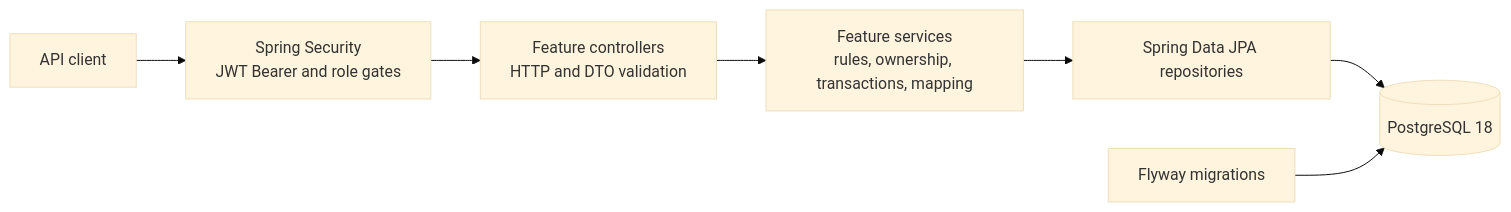
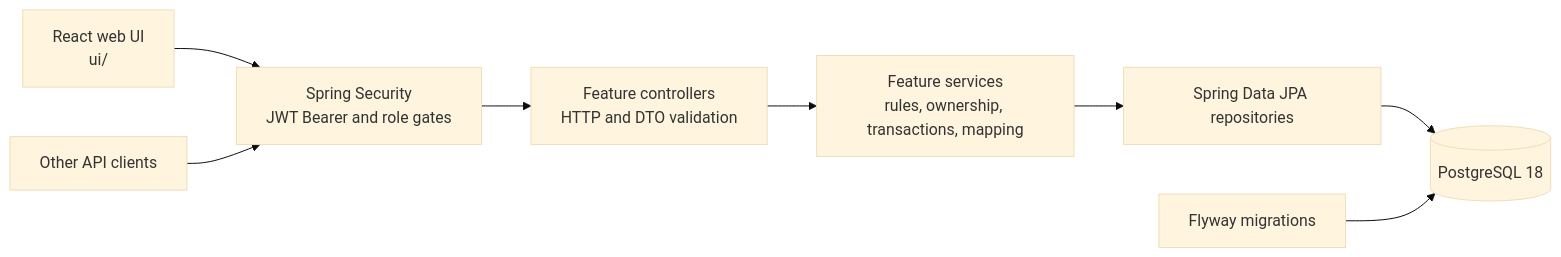
The first of 3 diagrams in README.md (kyledelfin2006/libro-library-system), drawn with Mermaid (base theme) before and after one commit. The commit also changed other lines of this file and 2 other files, not shown here.

Commit message:
Describe Libro as a full-stack system with a React UI

````diff
--- a/README.md
+++ b/README.md
@@ -80,9 +84,10 @@
 ```mermaid
 flowchart LR
-    Client[API client] --> Security[Spring Security<br/>JWT Bearer and role gates]
+    UI[React web UI<br/>ui/] --> Security[Spring Security<br/>JWT Bearer and role gates]
+    Client[Other API clients] --> Security
     Security --> Controller[Feature controllers<br/>HTTP and DTO validation]
     Controller --> Service[Feature services<br/>rules, ownership, transactions, mapping]
     Service --> Repository[Spring Data JPA repositories]
     Repository --> Database[(PostgreSQL 18)]
     Flyway[Flyway migrations] --> Database
 ```
````
